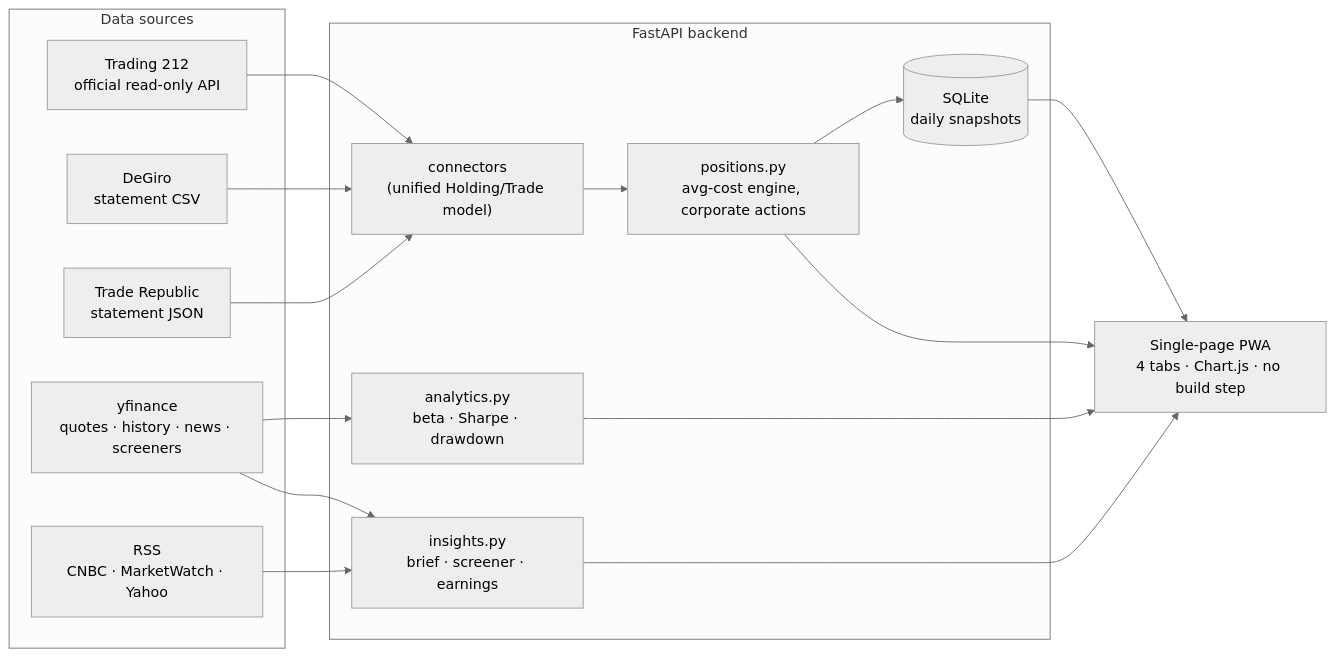
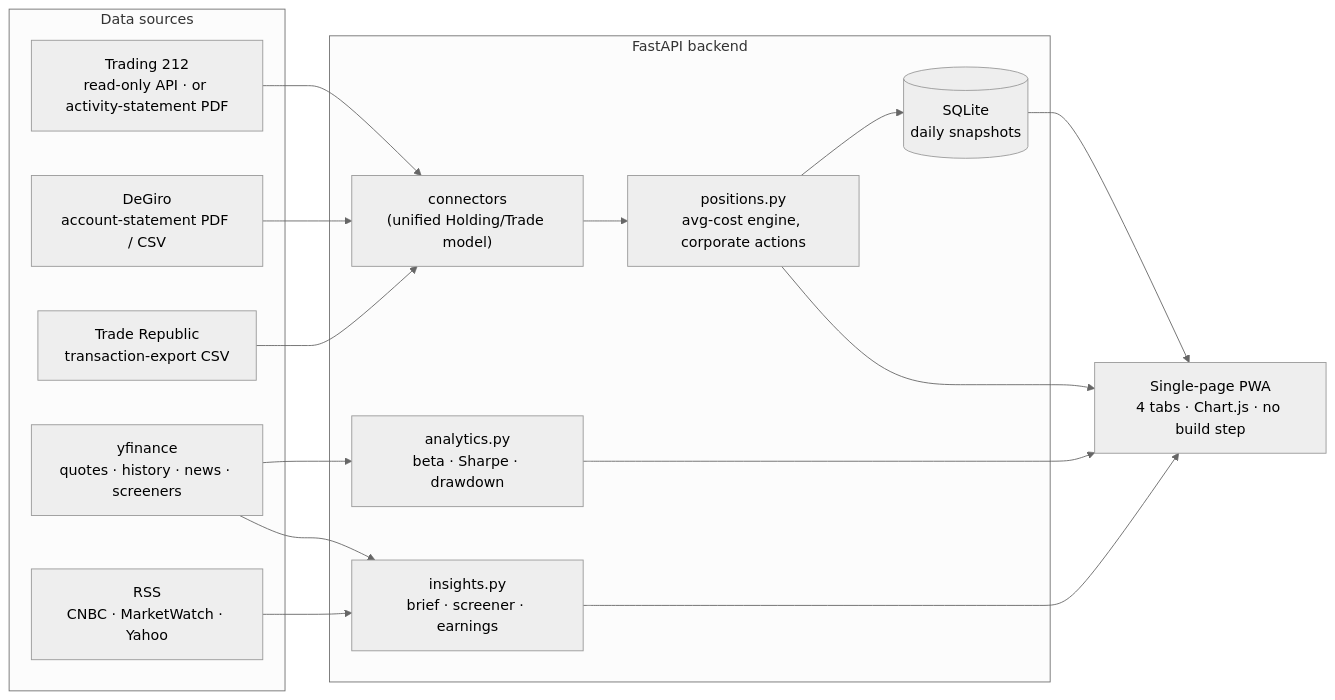
One commit to GidonPeeper/stock-overview changed the diagram in README.md. Above: the diagram before and after it, drawn with Mermaid (neutral theme). The commit also changed other lines of this file and 20 other files, not shown here.

First line of the commit message:
Import broker exports directly: DeGiro PDF, Trade Republic CSV, Trading 212 PDF

````diff
--- a/README.md
+++ b/README.md
@@ -42,24 +42,24 @@
 ```mermaid
 flowchart LR
     subgraph Brokers["Data sources"]
-        T212["Trading 212<br/>official read-only API"]
-        DG["DeGiro<br/>statement CSV"]
-        TR["Trade Republic<br/>statement JSON"]
+        T212["Trading 212<br/>read-only API · or activity-statement PDF"]
+        DG["DeGiro<br/>account-statement PDF / CSV"]
+        TR["Trade Republic<br/>transaction-export CSV"]
         YF["yfinance<br/>quotes · history · news · screeners"]
         RSS["RSS<br/>CNBC · MarketWatch · Yahoo"]
     end
     subgraph Backend["FastAPI backend"]
         CON["connectors<br/>(unified Holding/Trade model)"]
         POS["positions.py<br/>avg-cost engine, corporate actions"]
         ANA["analytics.py<br/>beta · Sharpe · drawdown"]
         INS["insights.py<br/>brief · screener · earnings"]
         DB[("SQLite<br/>daily snapshots")]
     end
     UI["Single-page PWA<br/>4 tabs · Chart.js · no build step"]
     T212 --> CON --> POS --> DB
     DG --> CON
     TR --> CON
     YF --> ANA & INS
     RSS --> INS
     POS & ANA & INS & DB --> UI
 ```
````
